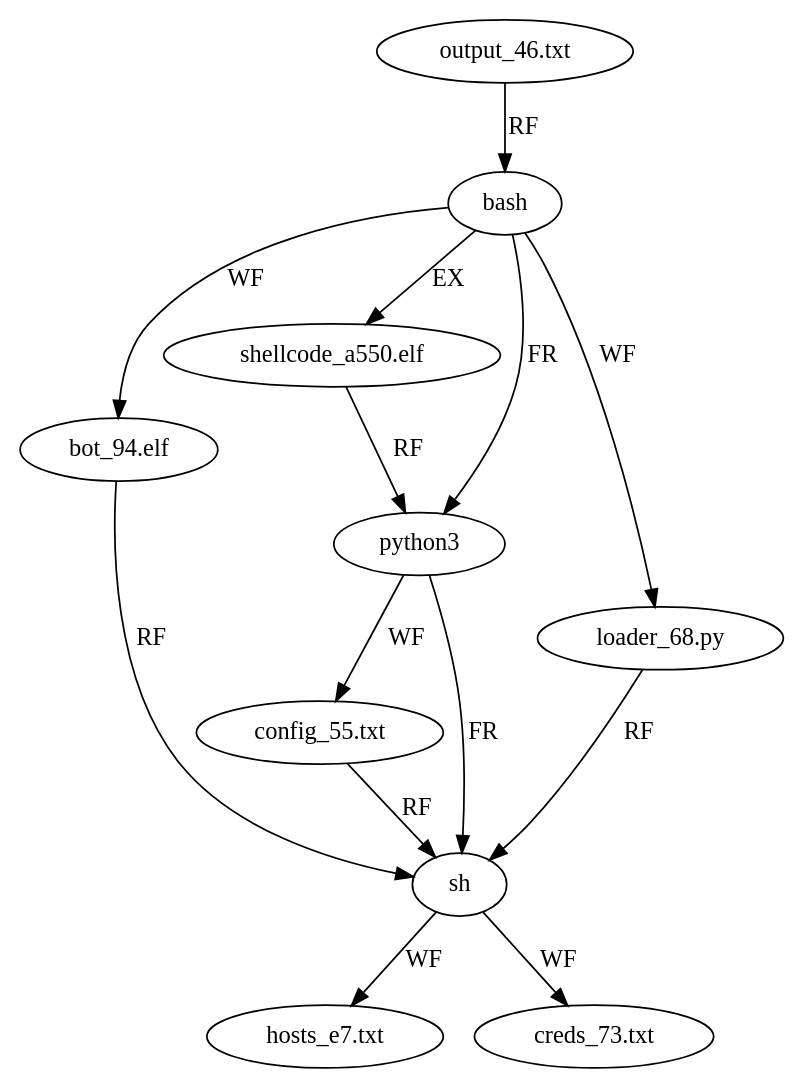
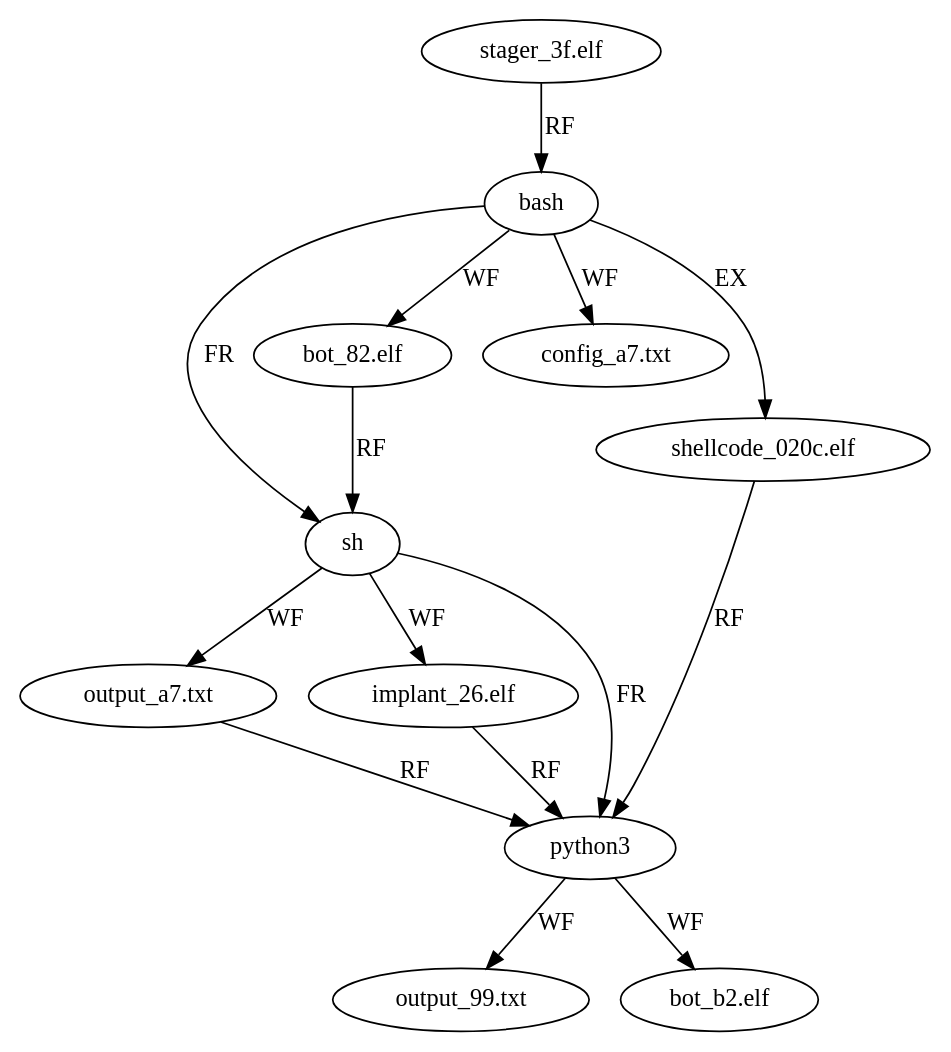
Before and after one commit to gianghitran/MARL-VariantHunter-Architecture: the diagram in Attack_Agent/result_handoff/APT32/clusters/cluster_02_T1078.003.dot, drawn with Graphviz. The commit also changed 1442 other files, not shown here.

```diff
--- a/Attack_Agent/result_handoff/APT32/clusters/cluster_02_T1078.003.dot
+++ b/Attack_Agent/result_handoff/APT32/clusters/cluster_02_T1078.003.dot
@@ -1,25 +1,27 @@
 digraph {
   p0_s2 [label="bash" type=process stage="T1078.003"]
-  fin0_s2 [label="output_46.txt" type=file stage="T1078.003"]
-  p1_s2 [label="python3" type=process stage="T1078.003"]
-  f0_0_s2 [label="config_55.txt" type=file stage="T1078.003"]
-  p2_s2 [label="sh" type=process stage="T1078.003"]
-  f1_0_s2 [label="hosts_e7.txt" type=file stage="T1078.003"]
-  f1_1_s2 [label="creds_73.txt" type=file stage="T1078.003"]
-  fh0_s2 [label="bot_94.elf" type=file stage="T1078.003"]
-  fh1_s2 [label="loader_68.py" type=file stage="T1078.003"]
-  exec_s2 [label="shellcode_a550.elf" type=file stage="T1078.003"]
+  fin0_s2 [label="stager_3f.elf" type=file stage="T1078.003"]
+  p1_s2 [label="sh" type=process stage="T1078.003"]
+  f0_0_s2 [label="output_a7.txt" type=file stage="T1078.003"]
+  f0_1_s2 [label="implant_26.elf" type=file stage="T1078.003"]
+  p2_s2 [label="python3" type=process stage="T1078.003"]
+  f1_0_s2 [label="output_99.txt" type=file stage="T1078.003"]
+  f1_1_s2 [label="bot_b2.elf" type=file stage="T1078.003"]
+  fh0_s2 [label="bot_82.elf" type=file stage="T1078.003"]
+  fh1_s2 [label="config_a7.txt" type=file stage="T1078.003"]
+  exec_s2 [label="shellcode_020c.elf" type=file stage="T1078.003"]
   fin0_s2 -> p0_s2 [label="RF"]
   p0_s2 -> p1_s2 [label="FR"]
   p1_s2 -> f0_0_s2 [label="WF"]
+  p1_s2 -> f0_1_s2 [label="WF"]
   p1_s2 -> p2_s2 [label="FR"]
   p2_s2 -> f1_0_s2 [label="WF"]
   p2_s2 -> f1_1_s2 [label="WF"]
   f0_0_s2 -> p2_s2 [label="RF"]
+  f0_1_s2 -> p2_s2 [label="RF"]
   p0_s2 -> fh0_s2 [label="WF"]
   p0_s2 -> fh1_s2 [label="WF"]
   p0_s2 -> exec_s2 [label="EX"]
-  fh0_s2 -> p2_s2 [label="RF"]
-  exec_s2 -> p1_s2 [label="RF"]
-  fh1_s2 -> p2_s2 [label="RF"]
+  fh0_s2 -> p1_s2 [label="RF"]
+  exec_s2 -> p2_s2 [label="RF"]
 }
```
